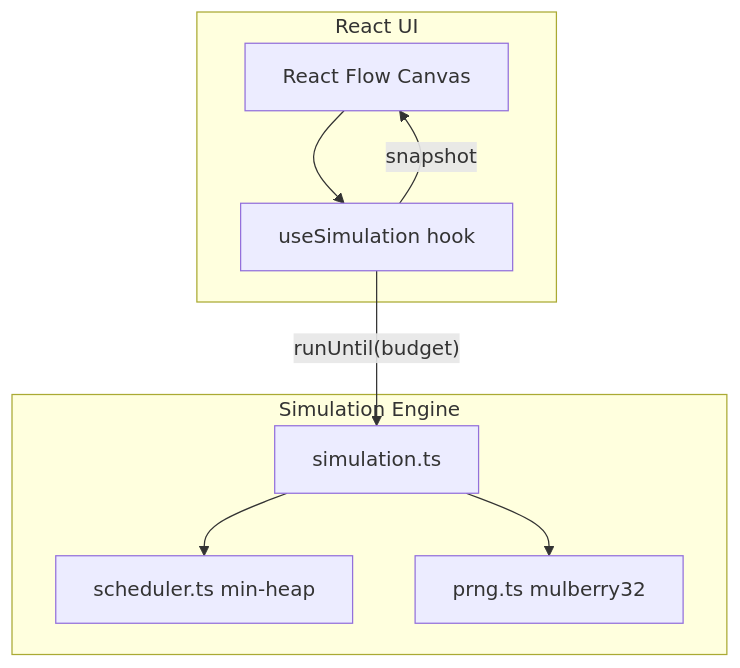
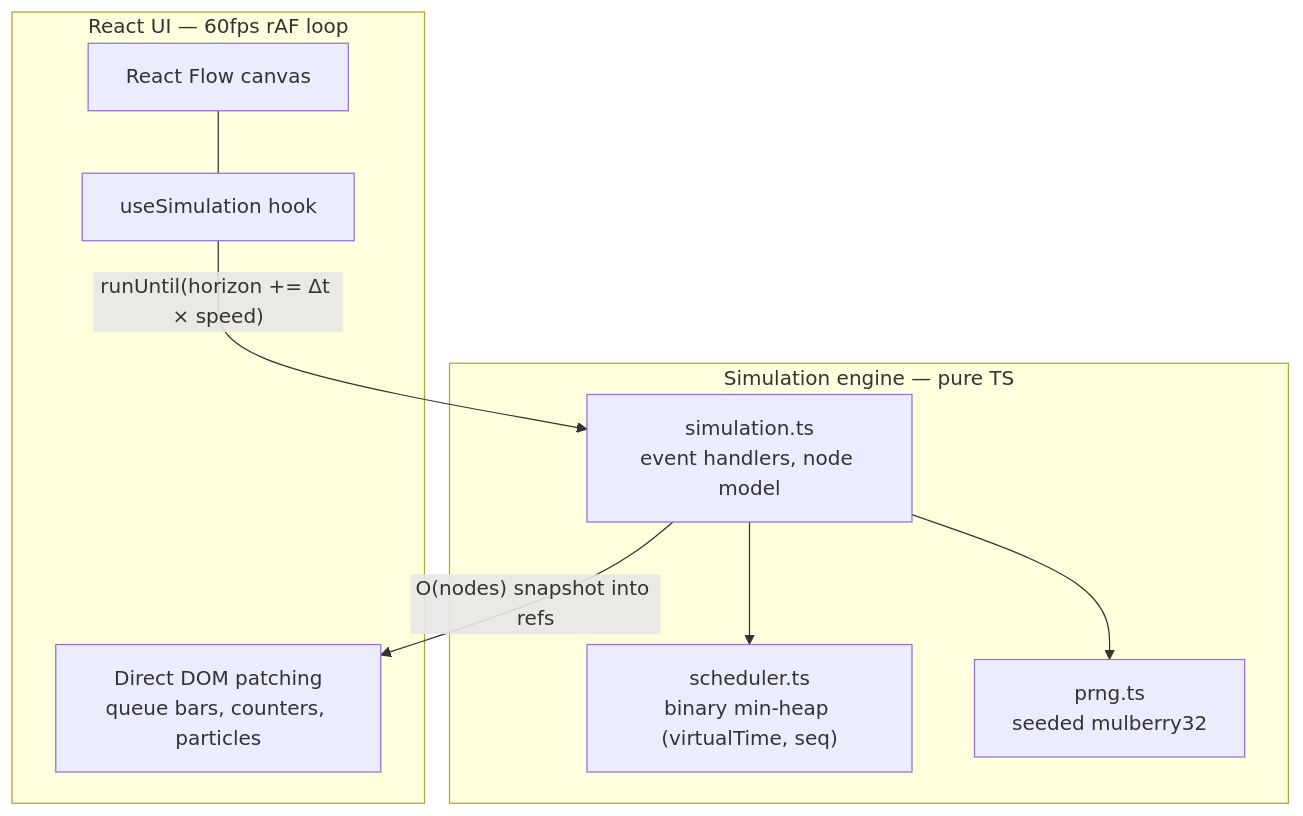
One commit to nayyirahsan/Cascade changed the first of 2 diagrams in README.md. Above: the diagram before and after it, drawn with Mermaid. The commit also changed other lines of this file, not shown here.

First line of the commit message:
Rewrite README with architecture diagrams and measured benchmarks

````diff
--- a/README.md
+++ b/README.md
@@ -28,19 +25,20 @@
 ```mermaid
 flowchart TB
-  subgraph ui [React UI]
-    Canvas[React Flow Canvas]
+  subgraph ui [React UI — 60fps rAF loop]
+    Canvas[React Flow canvas]
     Hook[useSimulation hook]
+    DOM[Direct DOM patching\nqueue bars, counters, particles]
   end
 
-  subgraph engine [Simulation Engine]
-    Sim[simulation.ts]
-    Heap[scheduler.ts min-heap]
-    PRNG[prng.ts mulberry32]
+  subgraph engine [Simulation engine — pure TS]
+    Sim[simulation.ts\nevent handlers, node model]
+    Heap["scheduler.ts\nbinary min-heap (virtualTime, seq)"]
+    PRNG[prng.ts\nseeded mulberry32]
   end
 
-  Canvas --> Hook
-  Hook -->|"runUntil(budget)"| Sim
+  Hook -->|"runUntil(horizon += Δt × speed)"| Sim
   Sim --> Heap
   Sim --> PRNG
-  Hook -->|"snapshot"| Canvas
+  Sim -->|"O(nodes) snapshot into refs"| DOM
+  Canvas --- Hook
 ```
````
